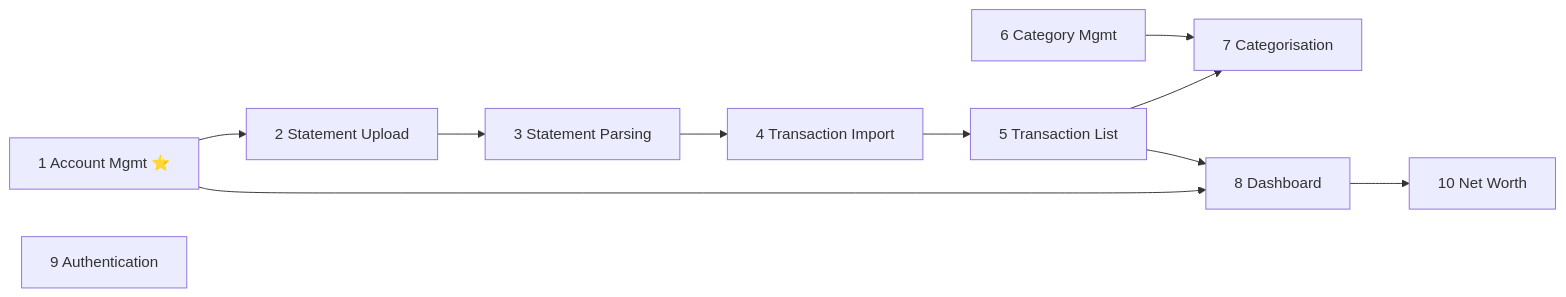
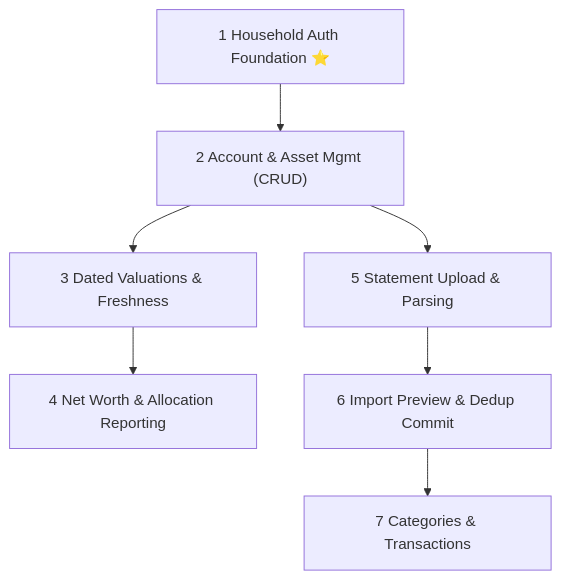
One commit to hardiktrivedi182/FinanceTracker changed the diagram in docs/backlog/p0-essential.md. Above: the diagram before and after it, drawn with Mermaid. The commit also changed other lines of this file and 44 other files, not shown here.

````diff
--- a/docs/backlog/p0-essential.md
+++ b/docs/backlog/p0-essential.md
@@ -215,13 +130,9 @@
 ```mermaid
-flowchart LR
-    A["1 Account Mgmt ⭐"] --> B["2 Statement Upload"]
-    B --> C["3 Statement Parsing"]
-    C --> D["4 Transaction Import"]
-    D --> E["5 Transaction List"]
-    E --> G["7 Categorisation"]
-    F["6 Category Mgmt"] --> G
-    A --> H["8 Dashboard"]
-    E --> H
-    H --> J["10 Net Worth"]
-    I["9 Authentication"]
+flowchart TD
+    S1["1 Household Auth Foundation ⭐"] --> S2["2 Account & Asset Mgmt (CRUD)"]
+    S2 --> S3["3 Dated Valuations & Freshness"]
+    S3 --> S4["4 Net Worth & Allocation Reporting"]
+    S2 --> S5["5 Statement Upload & Parsing"]
+    S5 --> S6["6 Import Preview & Dedup Commit"]
+    S6 --> S7["7 Categories & Transactions"]
 ```
````
